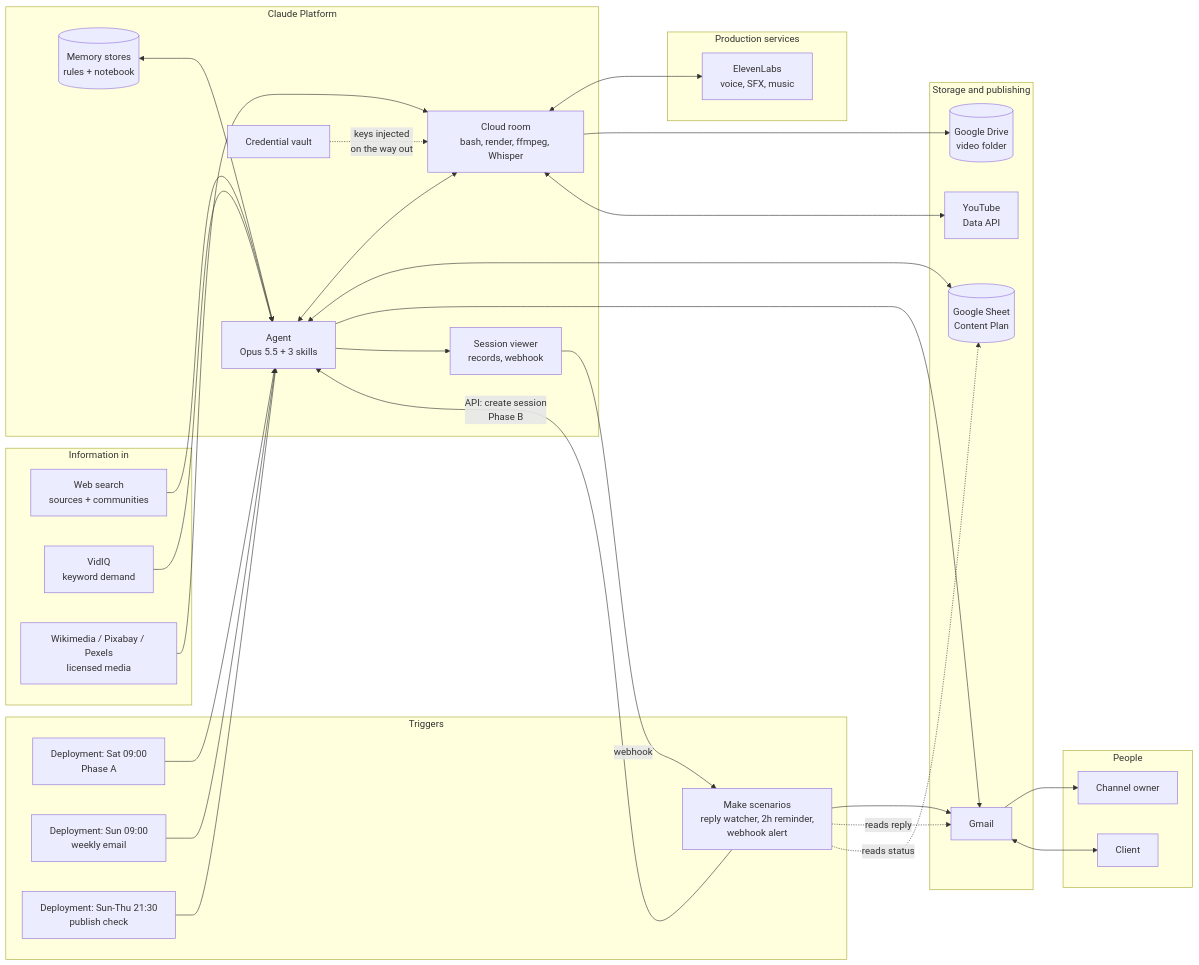
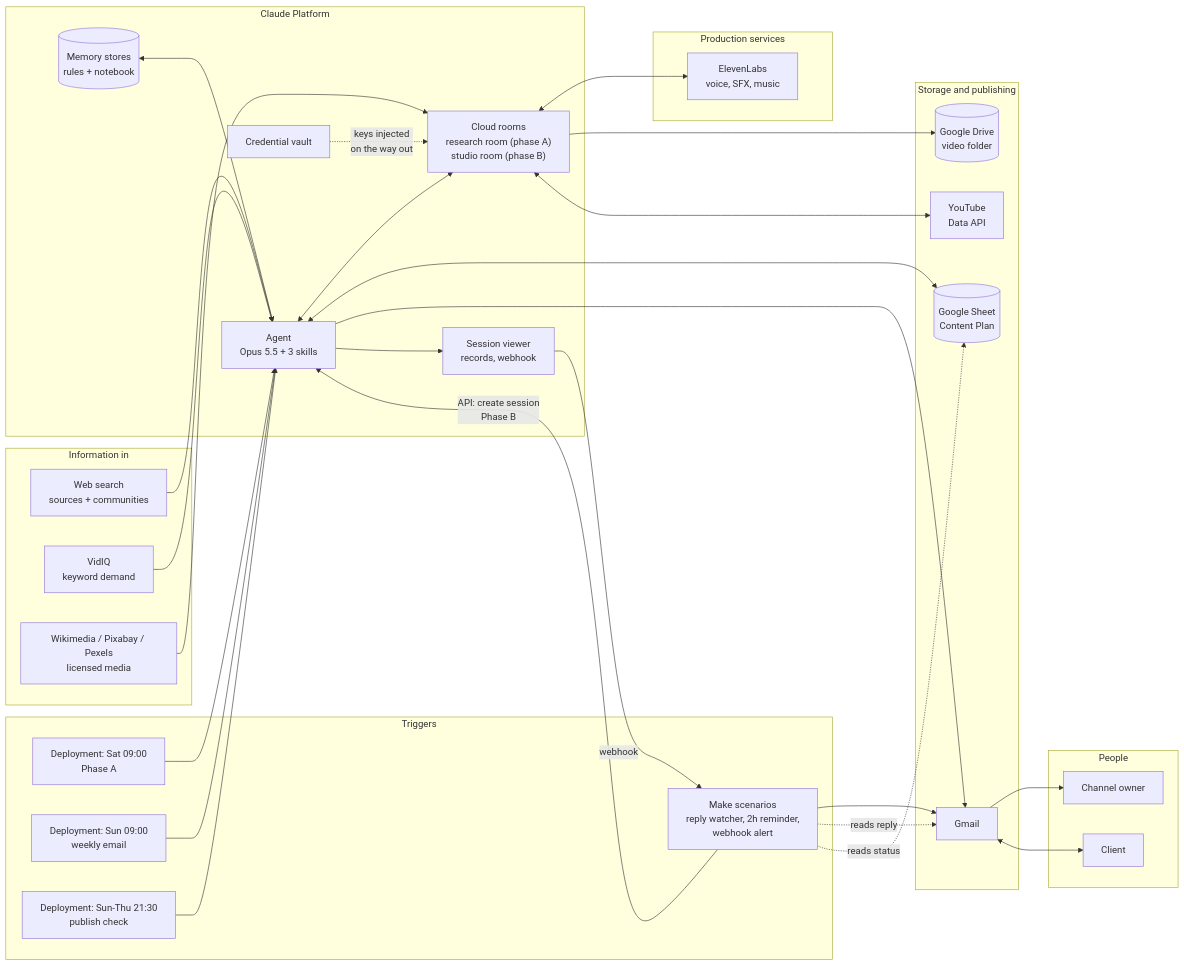
One commit to missalona/birding-content-agent changed the first of 5 diagrams in Architecture.md. Above: the diagram before and after it, drawn with Mermaid. The commit also changed other lines of this file and 3 other files, not shown here.

````diff
--- a/Architecture.md
+++ b/Architecture.md
@@ -40,62 +41,62 @@
 ```mermaid
 flowchart LR
     subgraph TRIG["Triggers"]
         D1["Deployment: Sat 09:00<br/>Phase A"]
         D2["Deployment: Sun 09:00<br/>weekly email"]
         D3["Deployment: Sun-Thu 21:30<br/>publish check"]
         MK["Make scenarios<br/>reply watcher, 2h reminder,<br/>webhook alert"]
     end
 
     subgraph PLAT["Claude Platform"]
         AG["Agent<br/>Opus 5.5 + 3 skills"]
-        ROOM["Cloud room<br/>bash, render, ffmpeg, Whisper"]
+        ROOM["Cloud rooms<br/>research room (phase A)<br/>studio room (phase B)"]
         VAULT["Credential vault"]
         MEM[("Memory stores<br/>rules + notebook")]
         MON["Session viewer<br/>records, webhook"]
     end
 
     subgraph IN["Information in"]
         WEB["Web search<br/>sources + communities"]
         VQ["VidIQ<br/>keyword demand"]
         MEDIA["Wikimedia / Pixabay / Pexels<br/>licensed media"]
     end
 
     subgraph PROD["Production services"]
         EL["ElevenLabs<br/>voice, SFX, music"]
     end
 
     subgraph OUT["Storage and publishing"]
         SHEET[("Google Sheet<br/>Content Plan")]
         DRIVE[("Google Drive<br/>video folder")]
         YT["YouTube<br/>Data API"]
         GM["Gmail"]
     end
 
     subgraph PEOPLE["People"]
         OWNER["Channel owner"]
         CLIENT["Client"]
     end
 
     D1 --> AG
     D2 --> AG
     D3 --> AG
     MK -->|"API: create session<br/>Phase B"| AG
     AG <--> ROOM
     VAULT -.->|"keys injected<br/>on the way out"| ROOM
     MEM <--> AG
     WEB --> AG
     VQ --> AG
     MEDIA --> ROOM
     ROOM <--> EL
     AG <--> SHEET
     ROOM --> DRIVE
     ROOM <--> YT
     AG --> GM
     GM --> OWNER
     GM <--> CLIENT
     MK --> GM
     MK -.->|"reads reply"| GM
     MK -.->|"reads status"| SHEET
     AG --> MON
     MON -->|"webhook"| MK
 ```
````
